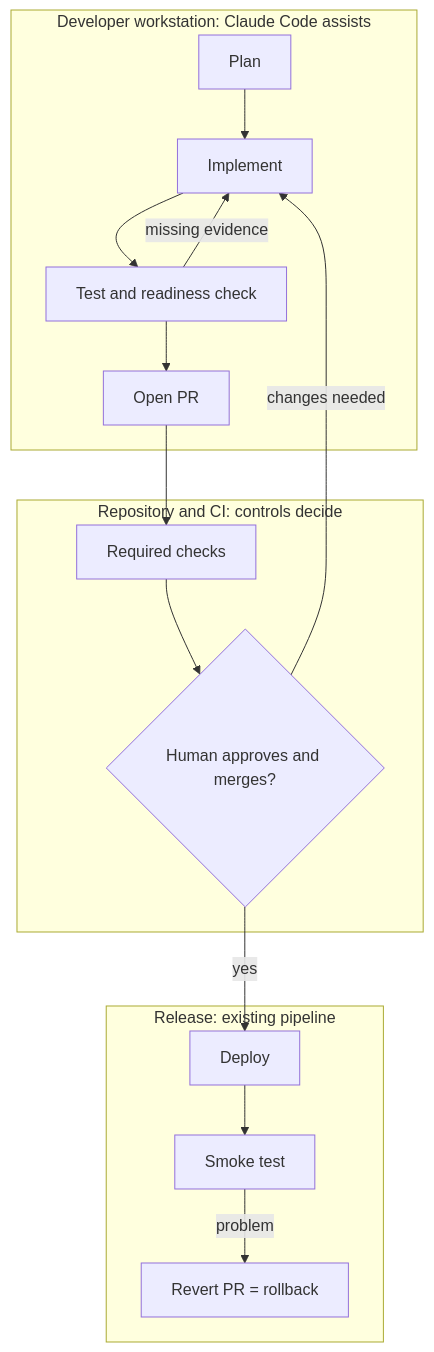
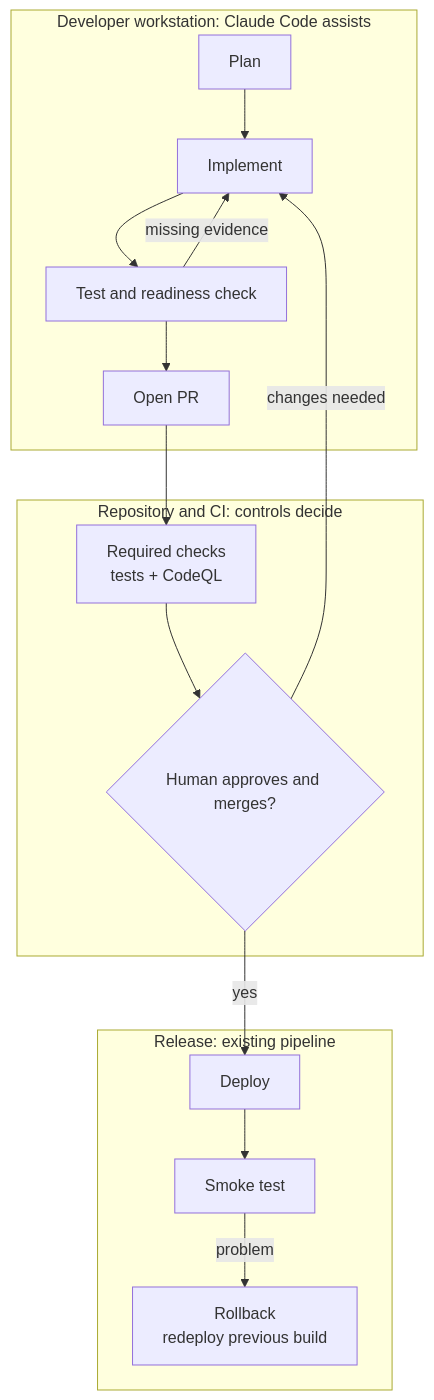
Before and after one commit to hannahzimmerman4/fintechco-starter: the second of 2 diagrams in docs/demo/brief.md, drawn with Mermaid. The commit also changed other lines of this file and 3 other files, not shown here.

````diff
--- a/docs/demo/brief.md
+++ b/docs/demo/brief.md
@@ -44,17 +44,17 @@
 ```mermaid
 flowchart TD
     subgraph DEV["Developer workstation: Claude Code assists"]
         A[Plan] --> B[Implement] --> C[Test and readiness check] --> D[Open PR]
         C -->|missing evidence| B
     end
     subgraph GATE["Repository and CI: controls decide"]
-        E[Required checks] --> G{Human approves and merges?}
+        E["Required checks<br/>tests + CodeQL"] --> G{Human approves and merges?}
     end
     subgraph REL["Release: existing pipeline"]
         H[Deploy] --> I[Smoke test]
-        I -->|problem| R[Revert PR = rollback]
+        I -->|problem| R["Rollback<br/>redeploy previous build"]
     end
     D --> E
     G -->|changes needed| B
     G -->|yes| H
 ```
````
